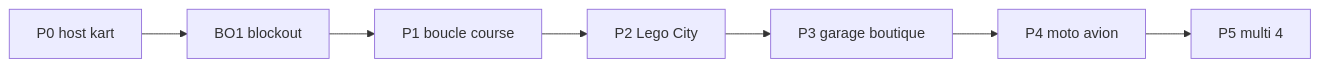
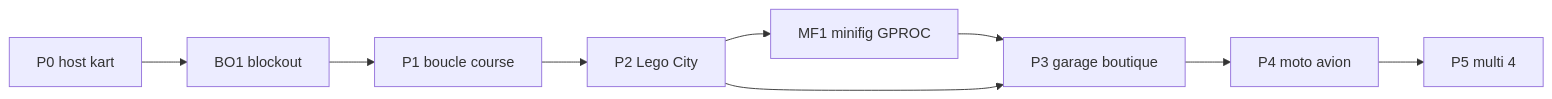
Before and after one commit to naanouff/Brick-Racer: the diagram in docs/plans/roadmap.md, drawn with Mermaid. The commit also changed other lines of this file and 71 other files, not shown here.

````diff
--- a/docs/plans/roadmap.md
+++ b/docs/plans/roadmap.md
@@ -18,9 +19,11 @@
 ```mermaid
 flowchart LR
   P0[P0 host kart] --> BO1[BO1 blockout]
   BO1 --> P1[P1 boucle course]
   P1 --> P2[P2 Lego City]
-  P2 --> P3[P3 garage boutique]
+  P2 --> MF1[MF1 minifig GPROC]
+  MF1 --> P3[P3 garage boutique]
+  P2 --> P3
   P3 --> P4[P4 moto avion]
   P4 --> P5[P5 multi 4]
 ```
````
